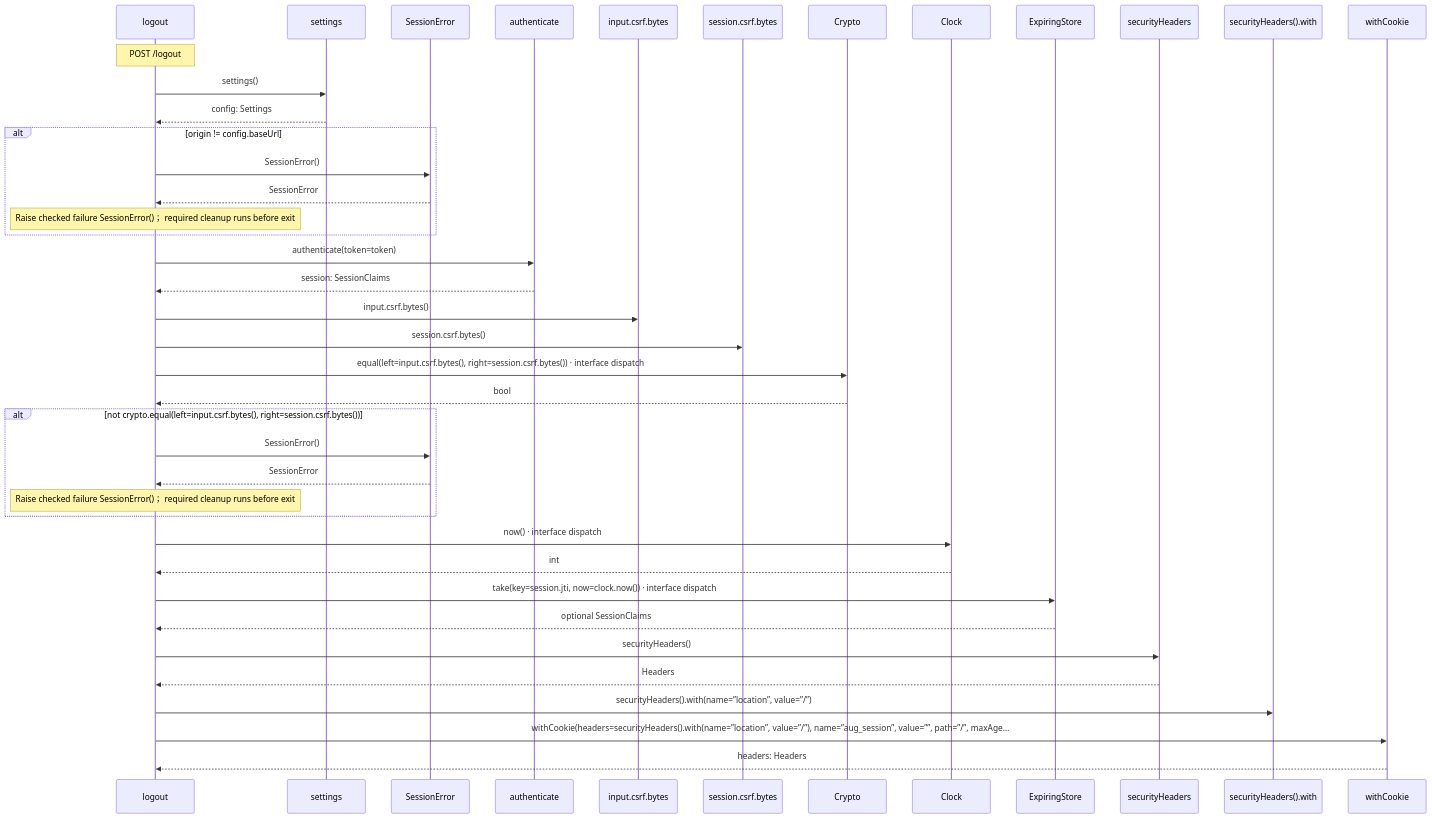
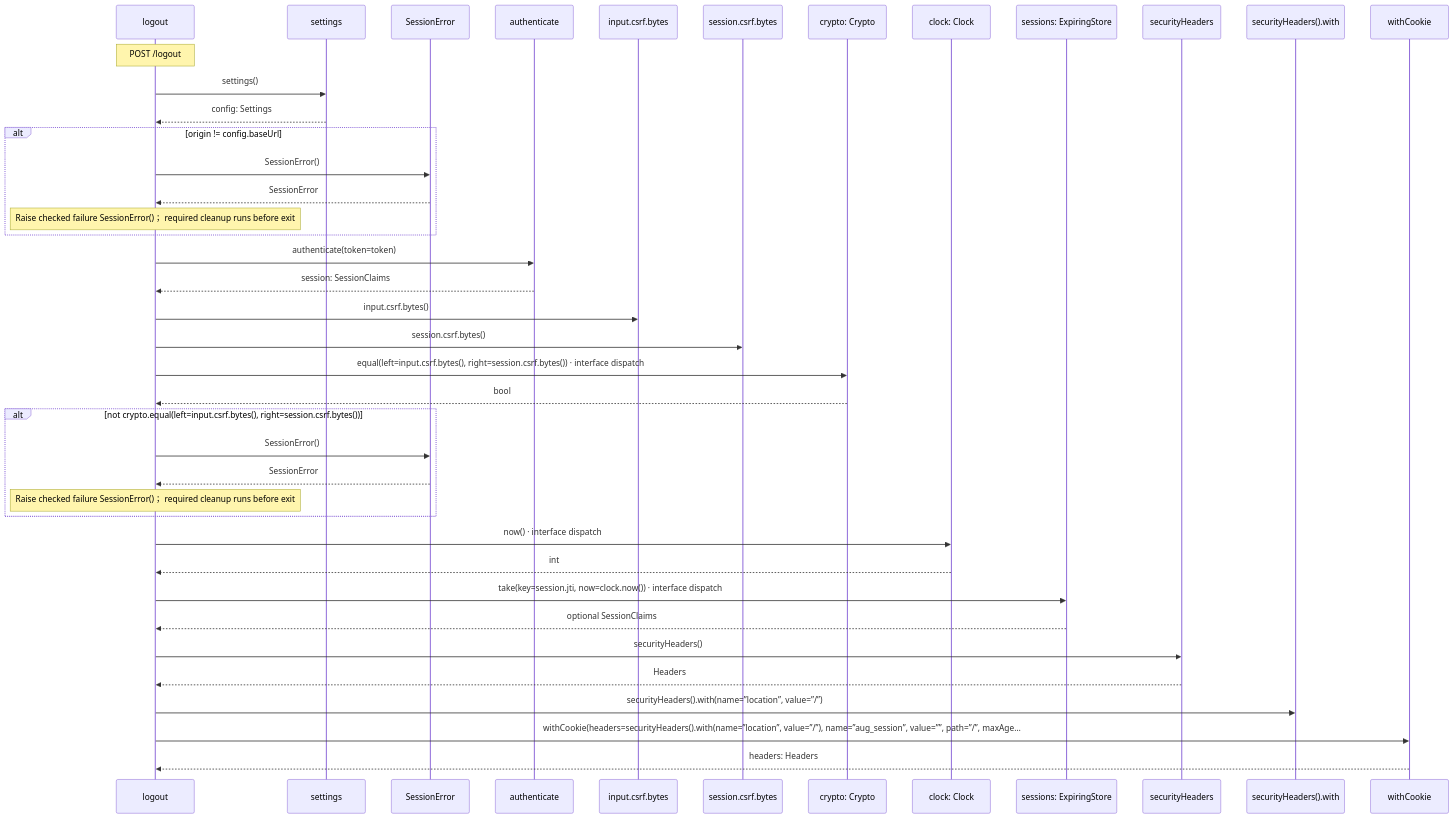
One commit to GreenPandaStudios/augscript changed the third of 4 diagrams in docs/examples/oidc-login/client/logout-diagrams.md. Above: the diagram before and after it, drawn with Mermaid. The commit also changed 102 other files, not shown here.

Commit message:
Keep named service receivers distinct in sequence data flow

````diff
--- a/docs/examples/oidc-login/client/logout-diagrams.md
+++ b/docs/examples/oidc-login/client/logout-diagrams.md
@@ -80,43 +80,43 @@
 ```mermaid
 sequenceDiagram
     participant p0 as logout
     participant p1 as settings
     participant p2 as SessionError
     participant p3 as authenticate
     participant p4 as input.csrf.bytes
     participant p5 as session.csrf.bytes
-    participant p6 as Crypto
-    participant p7 as Clock
-    participant p8 as ExpiringStore
+    participant p6 as crypto: Crypto
+    participant p7 as clock: Clock
+    participant p8 as sessions: ExpiringStore
     participant p9 as securityHeaders
     participant p10 as securityHeaders().with
     participant p11 as withCookie
     Note over p0: POST /logout
     p0->>p1: settings()
     p1-->>p0: config: Settings
     alt origin != config.baseUrl
     p0->>p2: SessionError()
     p2-->>p0: SessionError
     Note over p0: Raise checked failure SessionError()； required cleanup runs before exit
     end
     p0->>p3: authenticate(token=token)
     p3-->>p0: session: SessionClaims
     p0->>p4: input.csrf.bytes()
     p0->>p5: session.csrf.bytes()
     p0->>p6: equal(left=input.csrf.bytes(), right=session.csrf.bytes()) · interface dispatch
     p6-->>p0: bool
     alt not crypto.equal(left=input.csrf.bytes(), right=session.csrf.bytes())
     p0->>p2: SessionError()
     p2-->>p0: SessionError
     Note over p0: Raise checked failure SessionError()； required cleanup runs before exit
     end
     p0->>p7: now() · interface dispatch
     p7-->>p0: int
     p0->>p8: take(key=session.jti, now=clock.now()) · interface dispatch
     p8-->>p0: optional SessionClaims
     p0->>p9: securityHeaders()
     p9-->>p0: Headers
     p0->>p10: securityHeaders().with(name=”location”, value=”/”)
     p0->>p11: withCookie(headers=securityHeaders().with(name=”location”, value=”/”), name=”aug_session”, value=””, path=”/”, maxAge…
     p11-->>p0: headers: Headers
 ```
````
